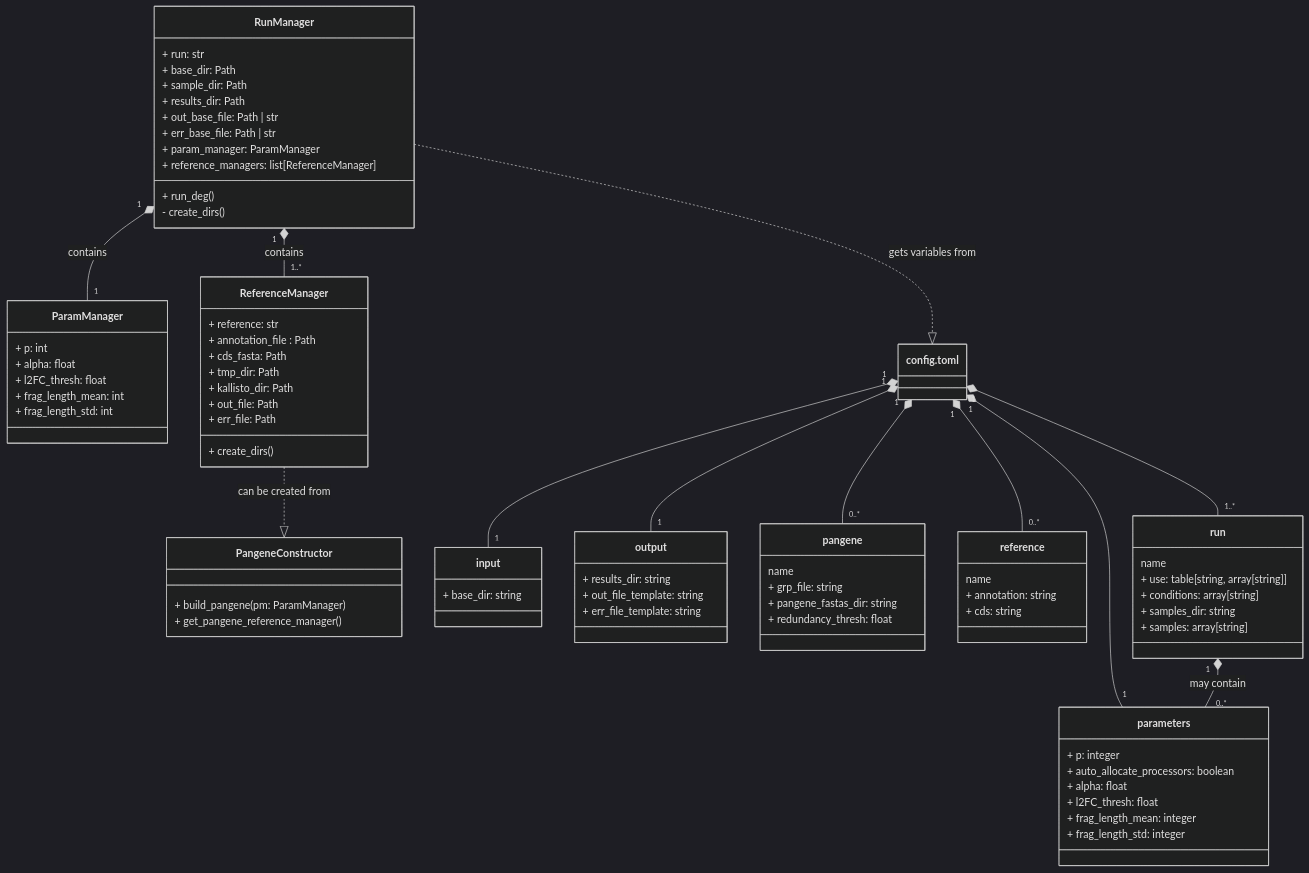
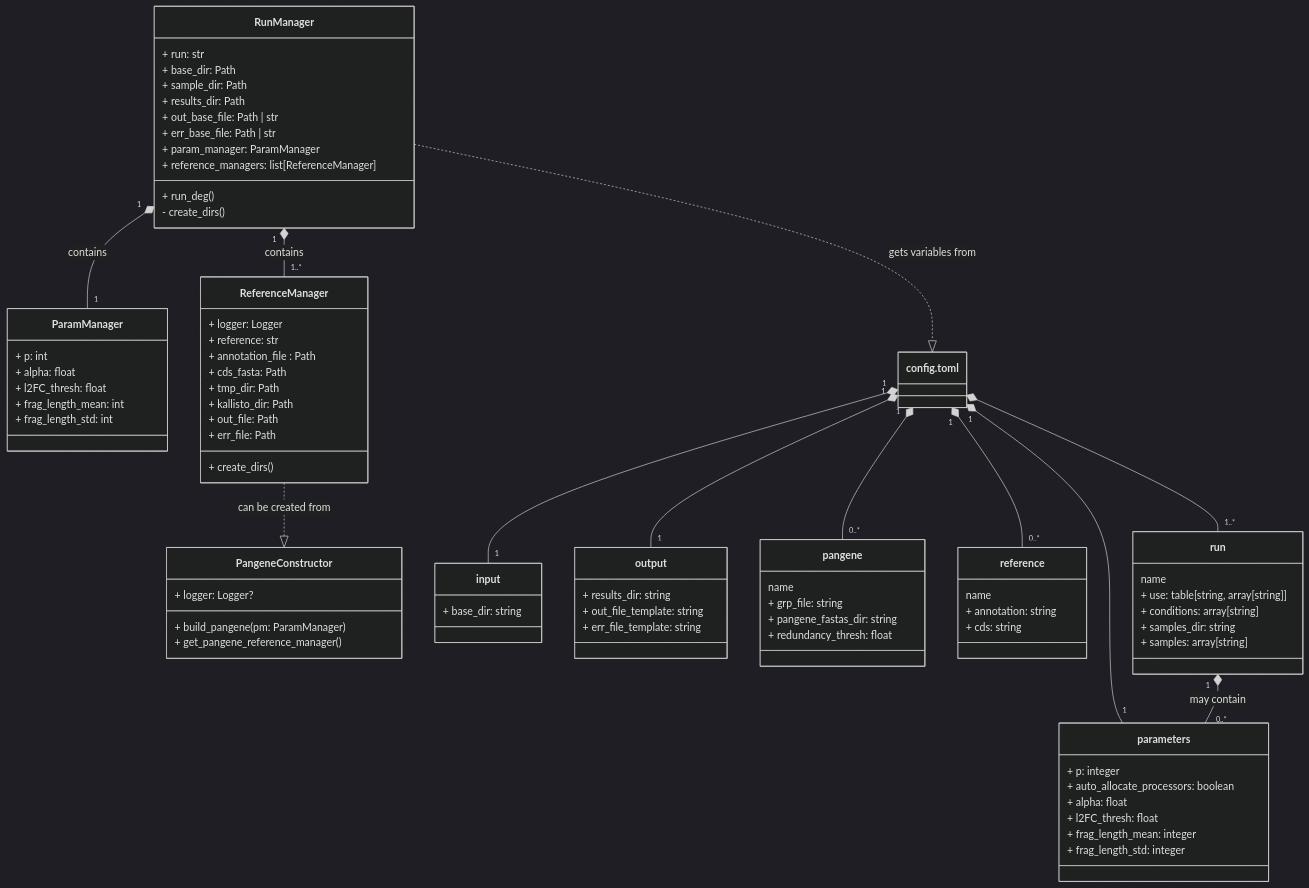
The diagram in README.md (maxfroh/pangene_pipeline), drawn with Mermaid before and after one commit. The commit also changed other lines of this file and 5 other files, not shown here.

```diff
--- a/README.md
+++ b/README.md
@@ -13,10 +54,12 @@
         + frag_length_std: int
     }
     class PangeneConstructor {
+        + logger: Logger?
         + build_pangene(pm: ParamManager)
         + get_pangene_reference_manager()
     }
     class ReferenceManager {
+        + logger: Logger
         + reference: str
         + annotation_file : Path
         + cds_fasta: Path
```
